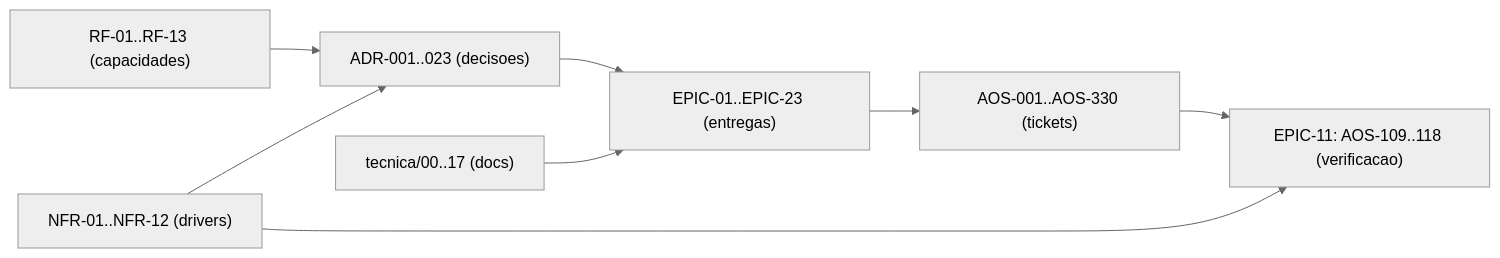
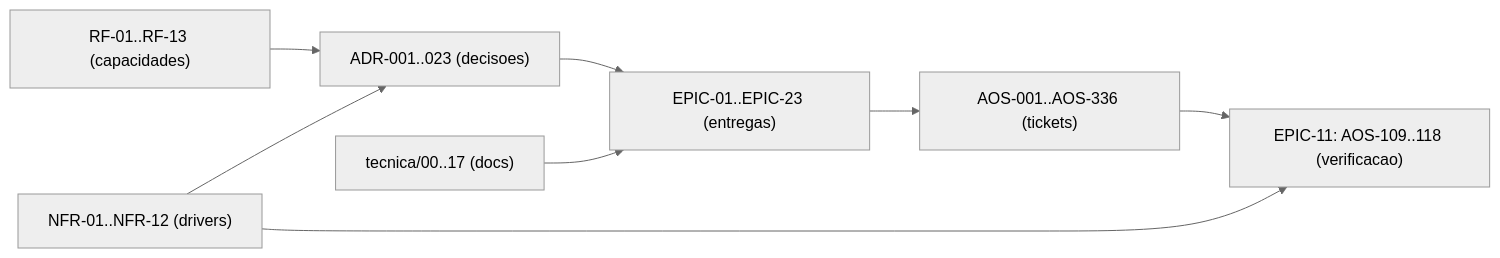
One commit to albinoJimy/aos changed the diagram in tecnica/16_Rastreabilidade_RTM.md. Above: the diagram before and after it, drawn with Mermaid (neutral theme). The commit also changed other lines of this file and 2 other files, not shown here.

First line of the commit message:
feat(EPIC-23): abrir AOS-331..336 — os achados que estavam registados sem código

````diff
--- a/tecnica/16_Rastreabilidade_RTM.md
+++ b/tecnica/16_Rastreabilidade_RTM.md
@@ -180,10 +180,10 @@
 ```mermaid
 flowchart LR
     RF["RF-01..RF-13 (capacidades)"] --> ADR["ADR-001..023 (decisoes)"]
     NFR["NFR-01..NFR-12 (drivers)"] --> ADR
     ADR --> EPIC["EPIC-01..EPIC-23 (entregas)"]
-    EPIC --> TICK["AOS-001..AOS-330 (tickets)"]
+    EPIC --> TICK["AOS-001..AOS-336 (tickets)"]
     DOC["tecnica/00..17 (docs)"] --> EPIC
     TICK --> TEST["EPIC-11: AOS-109..118 (verificacao)"]
     NFR --> TEST
 ```
````
